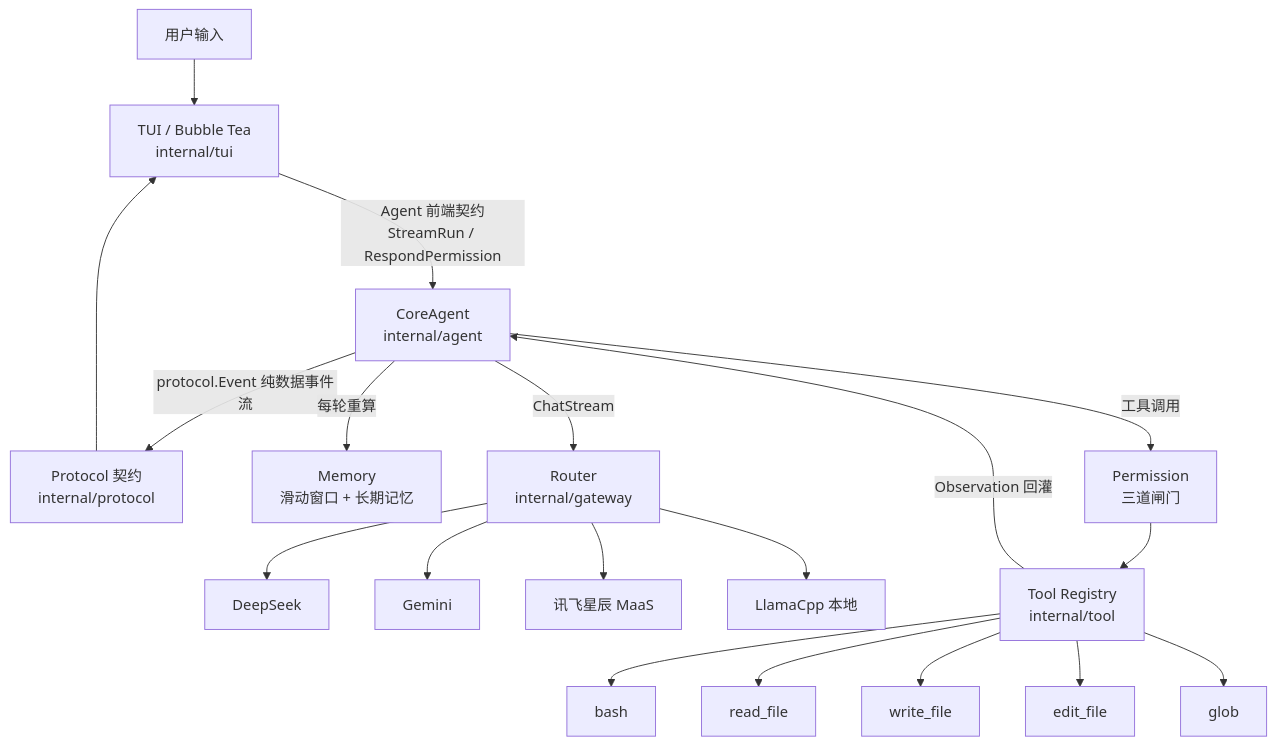
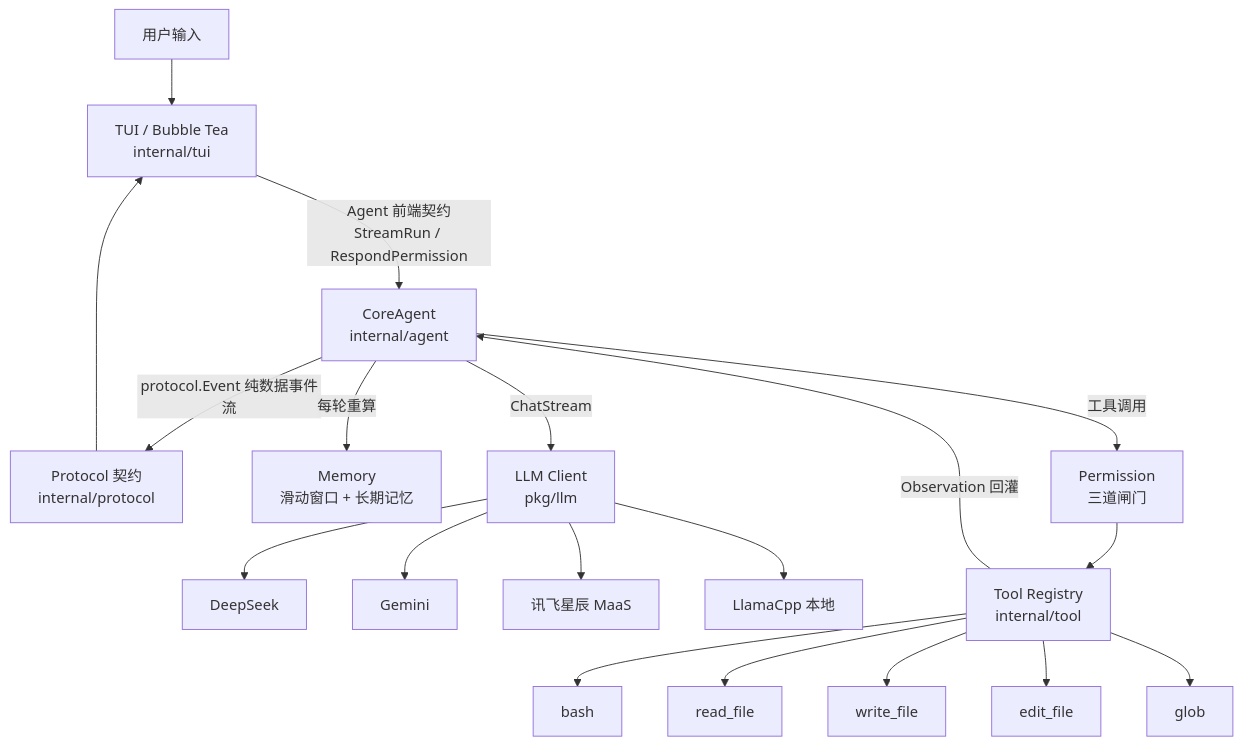
One commit to coustea/AI-Agent changed the diagram in README.md. Above: the diagram before and after it, drawn with Mermaid. The commit also changed other lines of this file and 38 other files, not shown here.

````diff
--- a/README.md
+++ b/README.md
@@ -336,21 +336,21 @@
 ```mermaid
 flowchart TD
     U[用户输入] --> TUI[TUI / Bubble Tea<br/>internal/tui]
     TUI -->|Agent 前端契约<br/>StreamRun / RespondPermission| AG[CoreAgent<br/>internal/agent]
     AG -->|protocol.Event 纯数据事件流| PR[Protocol 契约<br/>internal/protocol]
     PR --> TUI
     AG -->|每轮重算| MEM[Memory<br/>滑动窗口 + 长期记忆]
-    AG -->|ChatStream| RT[Router<br/>internal/gateway]
-    RT --> DS[DeepSeek]
-    RT --> GM[Gemini]
-    RT --> SP[讯飞星辰 MaaS]
-    RT --> LC[LlamaCpp 本地]
+    AG -->|ChatStream| LLM[LLM Client<br/>pkg/llm]
+    LLM --> DS[DeepSeek]
+    LLM --> GM[Gemini]
+    LLM --> SP[讯飞星辰 MaaS]
+    LLM --> LC[LlamaCpp 本地]
     AG -->|工具调用| PERM[Permission<br/>三道闸门]
     PERM --> REG[Tool Registry<br/>internal/tool]
     REG --> B1[bash]
     REG --> B2[read_file]
     REG --> B3[write_file]
     REG --> B4[edit_file]
     REG --> B5[glob]
     REG -->|Observation 回灌| AG
 ```
````
